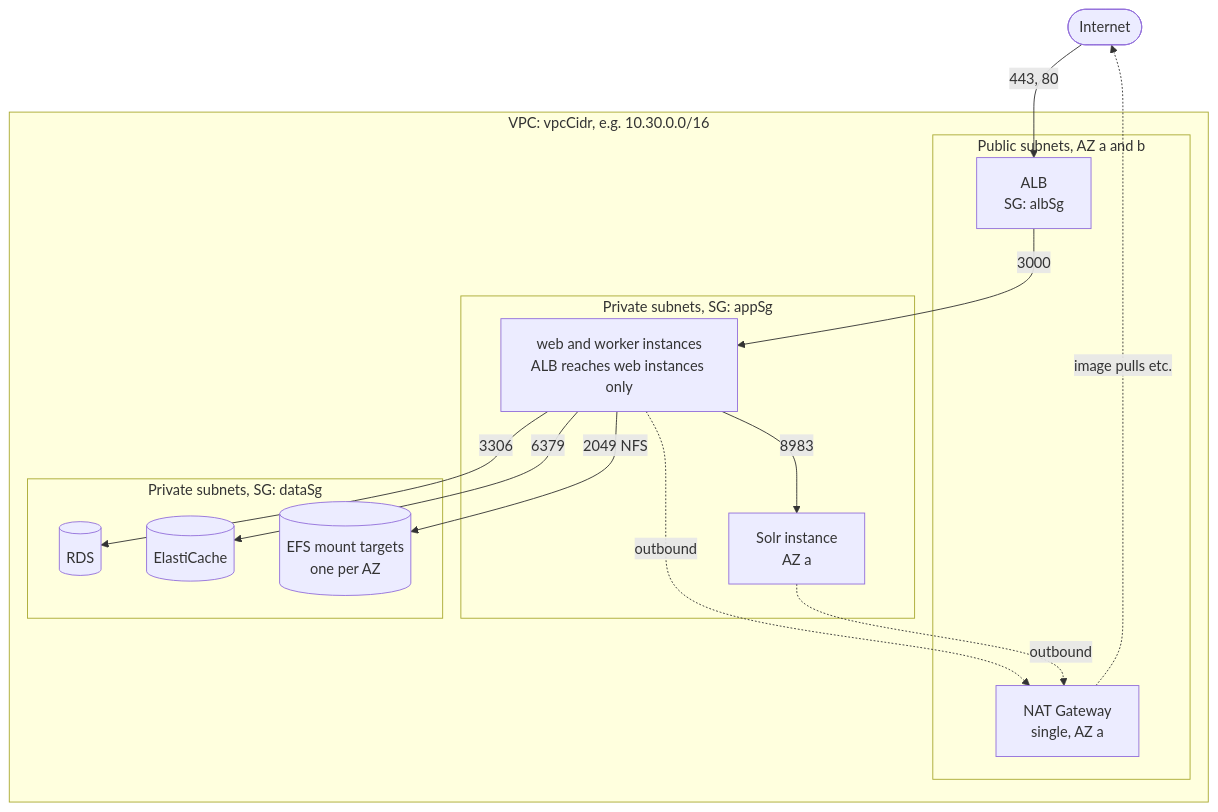
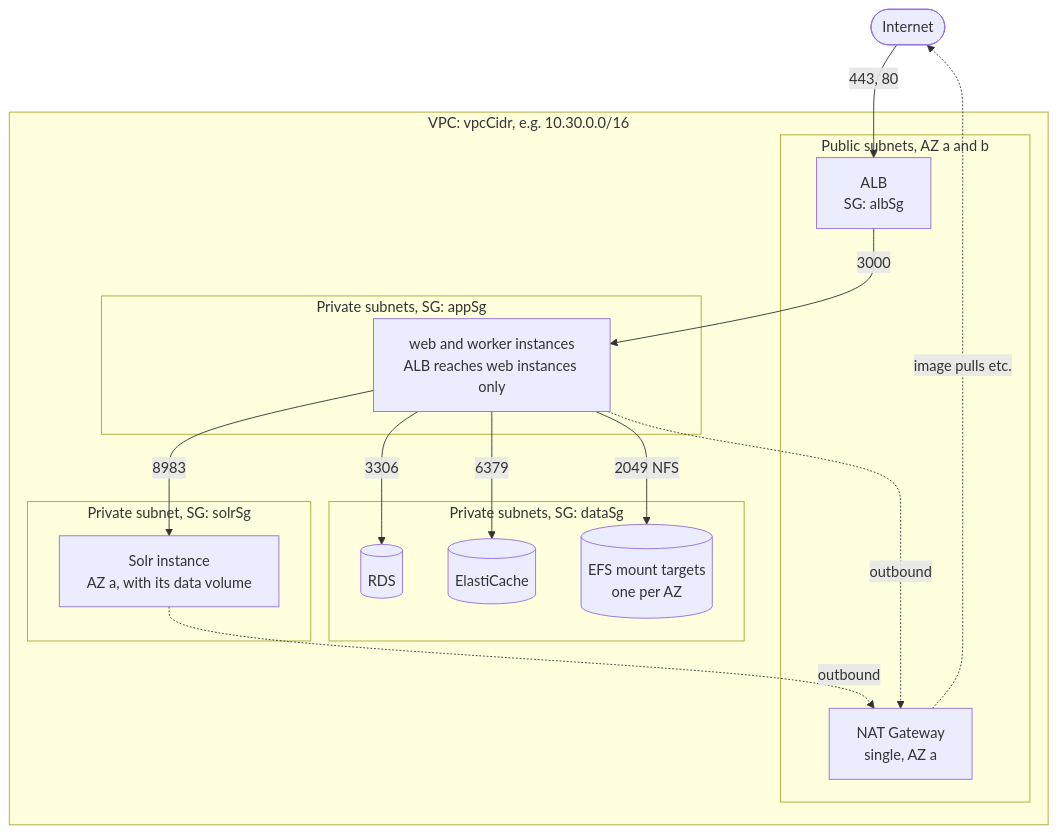
Before and after one commit to seek4science/seek: the third of 5 diagrams in docs/pulumi-architecture.md, drawn with Mermaid. The commit also changed other lines of this file and 3 other files, not shown here.

````diff
--- a/docs/pulumi-architecture.md
+++ b/docs/pulumi-architecture.md
@@ -132,31 +134,34 @@
 ```mermaid
 flowchart TB
     internet(["Internet"])
 
     subgraph vpc["VPC: vpcCidr, e.g. 10.30.0.0/16"]
         subgraph public["Public subnets, AZ a and b"]
             alb["ALB<br/>SG: albSg"]
             nat["NAT Gateway<br/>single, AZ a"]
         end
 
         subgraph appsg["Private subnets, SG: appSg"]
             instances["web and worker instances<br/>ALB reaches web instances only"]
-            solr["Solr instance<br/>AZ a"]
+        end
+
+        subgraph solrsg["Private subnet, SG: solrSg"]
+            solr["Solr instance<br/>AZ a, with its data volume"]
         end
 
         subgraph datasg["Private subnets, SG: dataSg"]
             rds[("RDS")]
             redis[("ElastiCache")]
             efs[("EFS mount targets<br/>one per AZ")]
         end
     end
 
     internet -- "443, 80" --> alb
     alb -- "3000" --> instances
     instances -- "8983" --> solr
     instances -- "3306" --> rds
     instances -- "6379" --> redis
     instances -- "2049 NFS" --> efs
     instances & solr -. "outbound" .-> nat
     nat -. "image pulls etc." .-> internet
 ```
````
